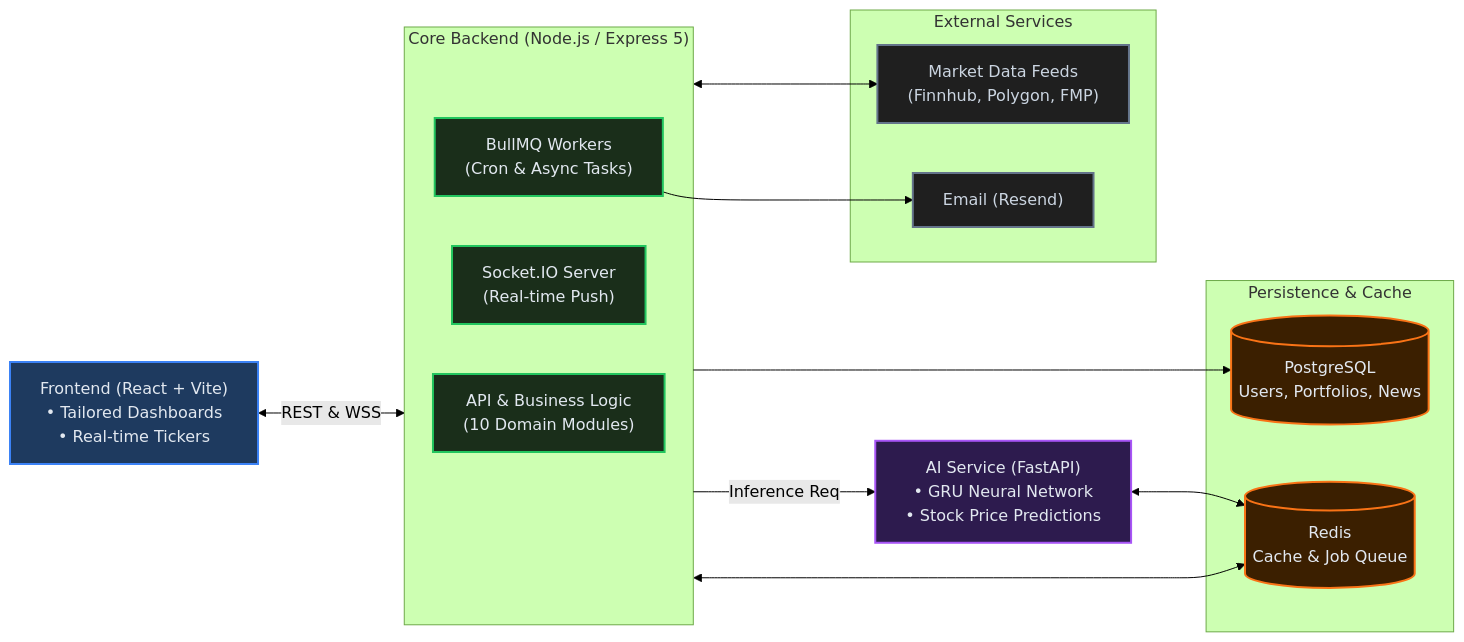
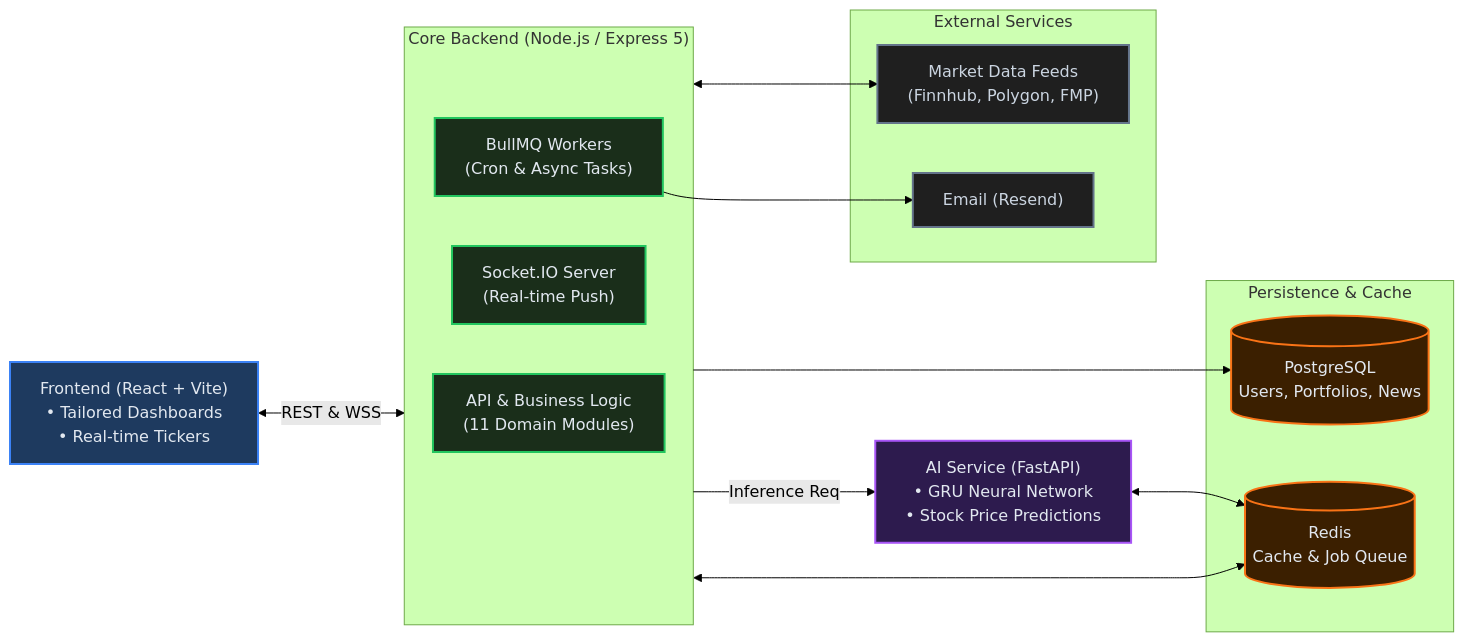
Before and after one commit to Hamzaahmedd/stockpros-hackathon: the diagram in README.md, drawn with Mermaid (forest theme). The commit also changed other lines of this file and 37 other files, not shown here.

````diff
--- a/README.md
+++ b/README.md
@@ -27,39 +27,39 @@
 ```mermaid
 flowchart LR
     %% Styling
     classDef client fill:#1e3a5f,stroke:#3b82f6,stroke-width:2px,color:#e2e8f0;
     classDef backend fill:#1a2e1a,stroke:#22c55e,stroke-width:2px,color:#e2e8f0;
     classDef ai fill:#2d1b4e,stroke:#a855f7,stroke-width:2px,color:#e2e8f0;
     classDef storage fill:#3b1f00,stroke:#f97316,stroke-width:2px,color:#e2e8f0;
     classDef external fill:#1f1f1f,stroke:#64748b,stroke-width:2px,color:#cbd5e1;
 
     %% Components
     FE["Frontend (React + Vite)<br/>• Tailored Dashboards<br/>• Real-time Tickers"]:::client
 
     subgraph CoreBackend["Core Backend (Node.js / Express 5)"]
-        BE["API & Business Logic<br/>(10 Domain Modules)"]:::backend
+        BE["API & Business Logic<br/>(11 Domain Modules)"]:::backend
         WS["Socket.IO Server<br/>(Real-time Push)"]:::backend
         WRK["BullMQ Workers<br/>(Cron & Async Tasks)"]:::backend
     end
 
     AI["AI Service (FastAPI)<br/>• GRU Neural Network<br/>• Stock Price Predictions"]:::ai
 
     subgraph Data["Persistence & Cache"]
         DB[("PostgreSQL<br/>Users, Portfolios, News")]:::storage
         REDIS[("Redis<br/>Cache & Job Queue")]:::storage
     end
 
     subgraph ThirdParty["External Services"]
         EXT["Market Data Feeds<br/>(Finnhub, Polygon, FMP)"]:::external
         EMAIL["Email (Resend)"]:::external
     end
 
     %% Connections
     FE <-->|REST & WSS| CoreBackend
     CoreBackend -->|Inference Req| AI
     CoreBackend --> DB
     CoreBackend <--> REDIS
     CoreBackend <--> EXT
     WRK --> EMAIL
     AI <--> REDIS
 ```
````
